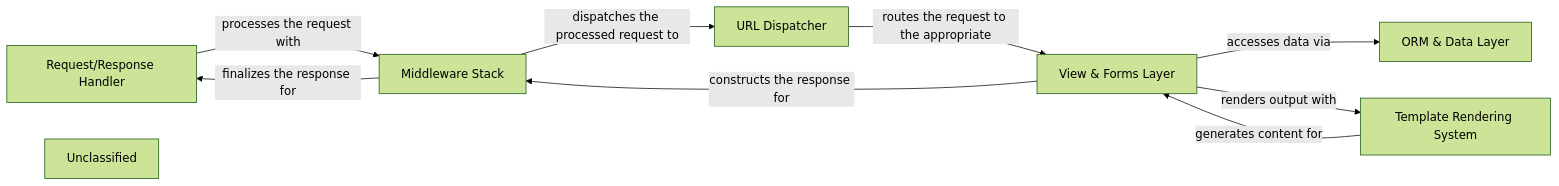
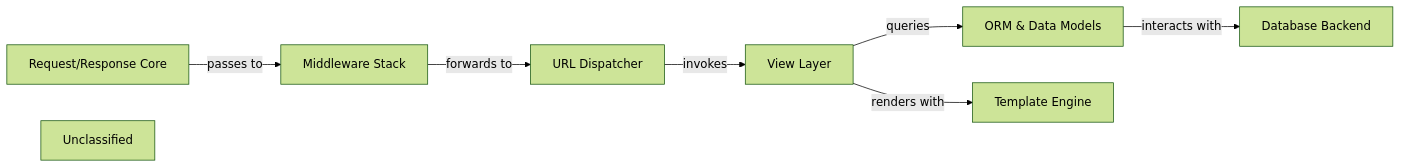
Before and after one commit to CodeBoarding/GeneratedOnBoardings: the diagram in django/on_boarding.md, drawn with Mermaid (forest theme). The commit also changed other lines of this file, not shown here.

````diff
--- a/django/on_boarding.md
+++ b/django/on_boarding.md
@@ -1,18 +1,17 @@
 ```mermaid
 graph LR
-    Request_Response_Handler["Request/Response Handler"]
+    Request_Response_Core["Request/Response Core"]
     Middleware_Stack["Middleware Stack"]
     URL_Dispatcher["URL Dispatcher"]
-    View_Forms_Layer["View & Forms Layer"]
-    ORM_Data_Layer["ORM & Data Layer"]
-    Template_Rendering_System["Template Rendering System"]
+    View_Layer["View Layer"]
+    ORM_Data_Models["ORM & Data Models"]
+    Database_Backend["Database Backend"]
+    Template_Engine["Template Engine"]
     Unclassified["Unclassified"]
-    Request_Response_Handler -- "processes the request with" --> Middleware_Stack
-    Middleware_Stack -- "dispatches the processed request to" --> URL_Dispatcher
-    URL_Dispatcher -- "routes the request to the appropriate" --> View_Forms_Layer
-    View_Forms_Layer -- "accesses data via" --> ORM_Data_Layer
-    View_Forms_Layer -- "renders output with" --> Template_Rendering_System
-    Template_Rendering_System -- "generates content for" --> View_Forms_Layer
-    View_Forms_Layer -- "constructs the response for" --> Middleware_Stack
-    Middleware_Stack -- "finalizes the response for" --> Request_Response_Handler
+    Request_Response_Core -- "passes to" --> Middleware_Stack
+    Middleware_Stack -- "forwards to" --> URL_Dispatcher
+    URL_Dispatcher -- "invokes" --> View_Layer
+    View_Layer -- "queries" --> ORM_Data_Models
+    View_Layer -- "renders with" --> Template_Engine
+    ORM_Data_Models -- "interacts with" --> Database_Backend
 ```
````
